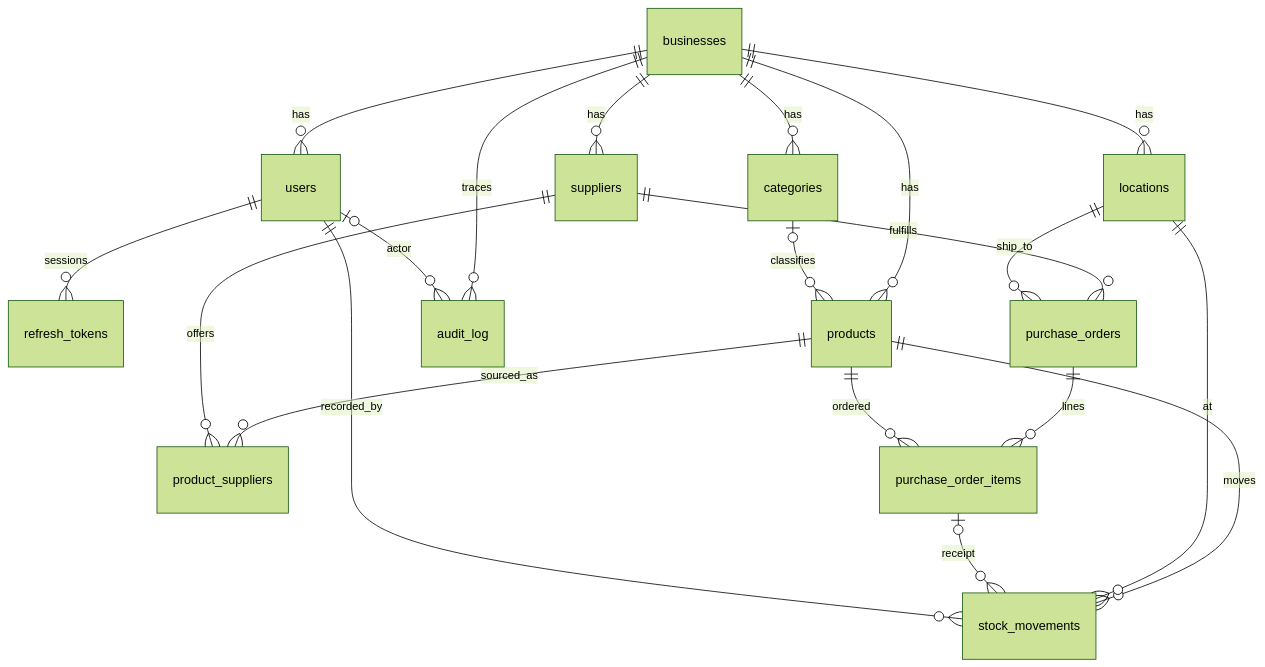
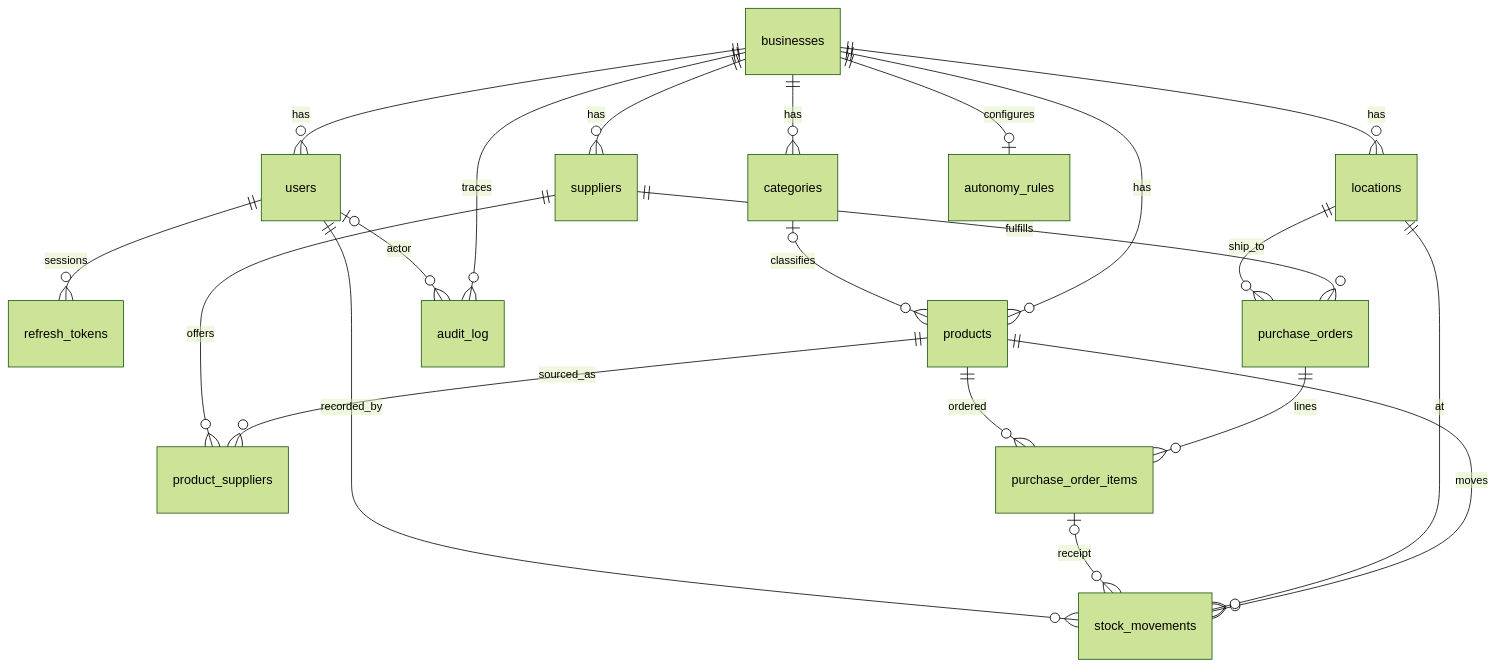
The diagram in docs/DATA_MODEL.md (shreyanshhhhhhhh/Inventory_AI), drawn with Mermaid (forest theme) before and after one commit. The commit also changed other lines of this file and 126 other files, not shown here.

````diff
--- a/docs/DATA_MODEL.md
+++ b/docs/DATA_MODEL.md
@@ -17,22 +17,23 @@
 ```mermaid
 erDiagram
   businesses ||--o{ users : has
   users ||--o{ refresh_tokens : sessions
   businesses ||--o{ locations : has
   businesses ||--o{ categories : has
   businesses ||--o{ products : has
   categories |o--o{ products : classifies
   businesses ||--o{ suppliers : has
   products ||--o{ product_suppliers : sourced_as
   suppliers ||--o{ product_suppliers : offers
   suppliers ||--o{ purchase_orders : fulfills
   locations ||--o{ purchase_orders : ship_to
   purchase_orders ||--o{ purchase_order_items : lines
   products ||--o{ purchase_order_items : ordered
   products ||--o{ stock_movements : moves
   locations ||--o{ stock_movements : at
   purchase_order_items |o--o{ stock_movements : receipt
   users ||--o{ stock_movements : recorded_by
   businesses ||--o{ audit_log : traces
+  businesses ||--o| autonomy_rules : configures
   users |o--o{ audit_log : actor
 ```
````
